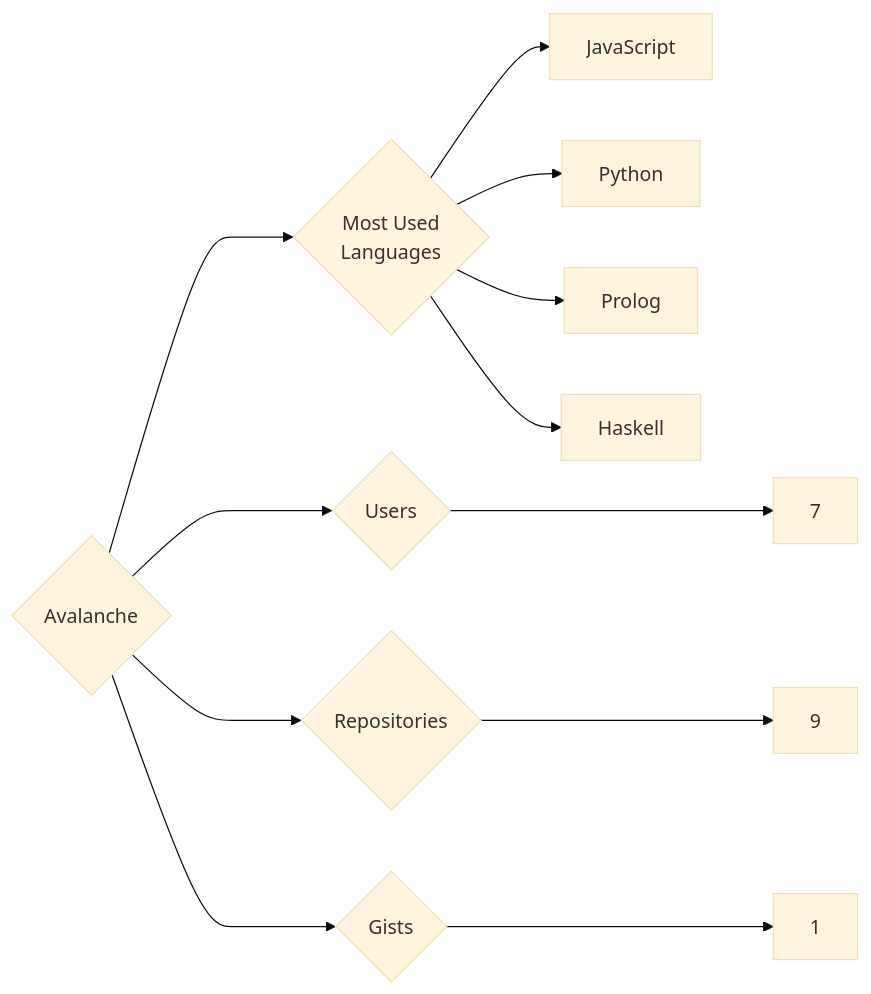
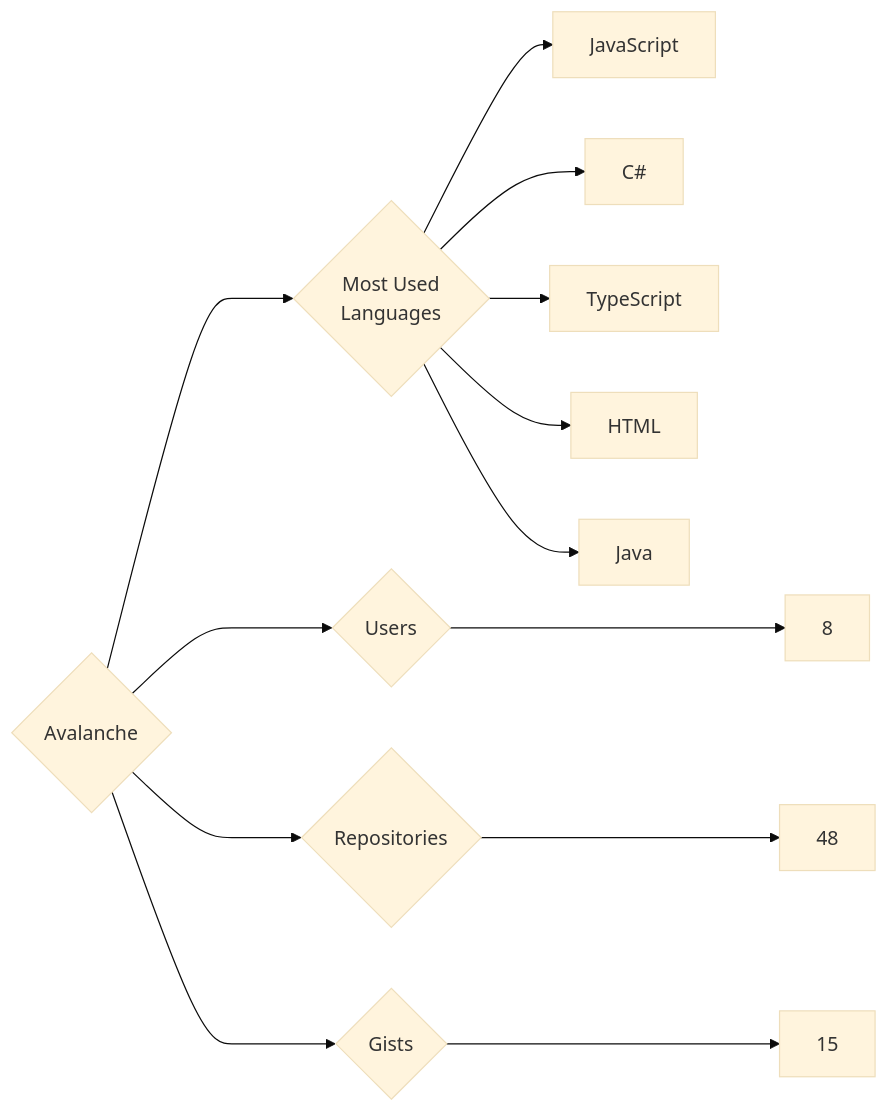
The diagram in targets/Avalanche/README.md (trickest/insiders), drawn with Mermaid (base theme) before and after one commit. The commit also changed 912 other files, not shown here.

````diff
--- a/targets/Avalanche/README.md
+++ b/targets/Avalanche/README.md
@@ -3,12 +3,13 @@
 ```mermaid
 graph LR
 COMPANY_NAME{Avalanche}
-COMPANY_NAME ---> U{Users} ---> UN[7]
-COMPANY_NAME ---> R{Repositories} ---> RN[9]
-COMPANY_NAME ---> G{Gists} ---> GN[1]
+COMPANY_NAME ---> U{Users} ---> UN[8]
+COMPANY_NAME ---> R{Repositories} ---> RN[48]
+COMPANY_NAME ---> G{Gists} ---> GN[15]
 COMPANY_NAME ---> ML{Most Used<br>Languages}
 ML --> JavaScript[JavaScript]
-ML --> Python[Python]
-ML --> Prolog[Prolog]
-ML --> Haskell[Haskell]
+ML --> C#[C#]
+ML --> TypeScript[TypeScript]
+ML --> HTML[HTML]
+ML --> Java[Java]
 ```
````
